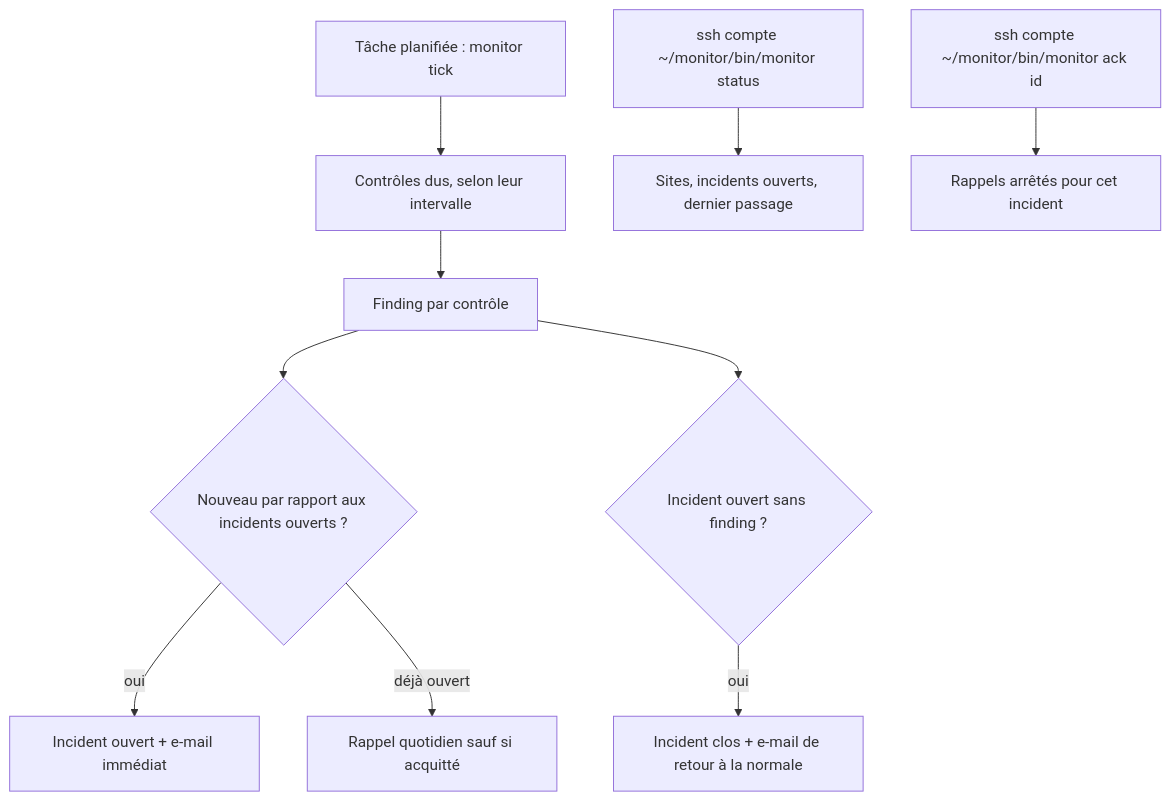
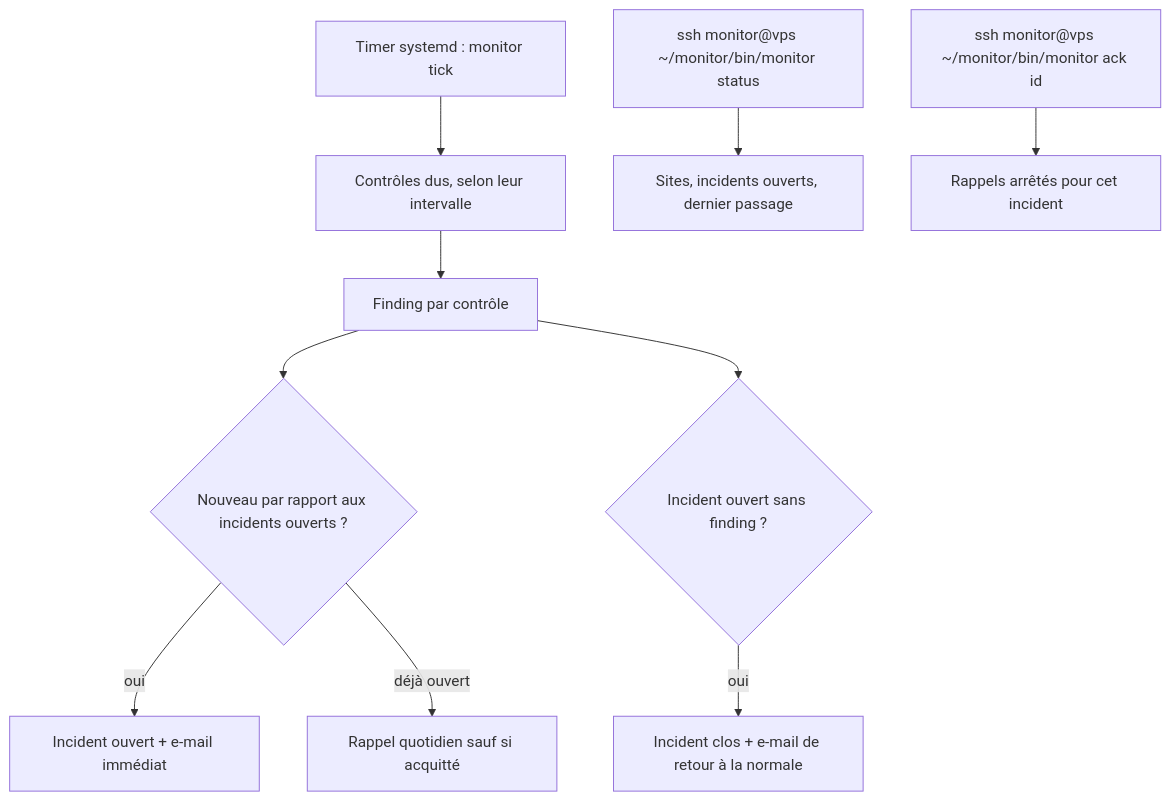
Before and after one commit to RebelliousSmile/alwaysdata_monitor: the first of 2 diagrams in aidd_docs/tasks/2026_10/2026_10_15_veilleur-multisites/phase-2.md, drawn with Mermaid. The commit also changed other lines of this file and 28 other files, not shown here.

First line of the commit message:
feat(monitor): squelette du veilleur et installation du VPS (phase 1)

````diff
--- a/aidd_docs/tasks/2026_10/2026_10_15_veilleur-multisites/phase-2.md
+++ b/aidd_docs/tasks/2026_10/2026_10_15_veilleur-multisites/phase-2.md
@@ -37,12 +37,12 @@
 ```mermaid
 flowchart TD
-  A[Tâche planifiée : monitor tick] --> B[Contrôles dus, selon leur intervalle]
+  A[Timer systemd : monitor tick] --> B[Contrôles dus, selon leur intervalle]
   B --> C[Finding par contrôle]
   C --> D{Nouveau par rapport aux incidents ouverts ?}
   D -->|oui| E[Incident ouvert + e-mail immédiat]
   D -->|déjà ouvert| F[Rappel quotidien sauf si acquitté]
   C --> G{Incident ouvert sans finding ?}
   G -->|oui| H[Incident clos + e-mail de retour à la normale]
-  I[ssh compte ~/monitor/bin/monitor status] --> J[Sites, incidents ouverts, dernier passage]
-  K[ssh compte ~/monitor/bin/monitor ack id] --> L[Rappels arrêtés pour cet incident]
+  I[ssh monitor@vps ~/monitor/bin/monitor status] --> J[Sites, incidents ouverts, dernier passage]
+  K[ssh monitor@vps ~/monitor/bin/monitor ack id] --> L[Rappels arrêtés pour cet incident]
 ```
````
